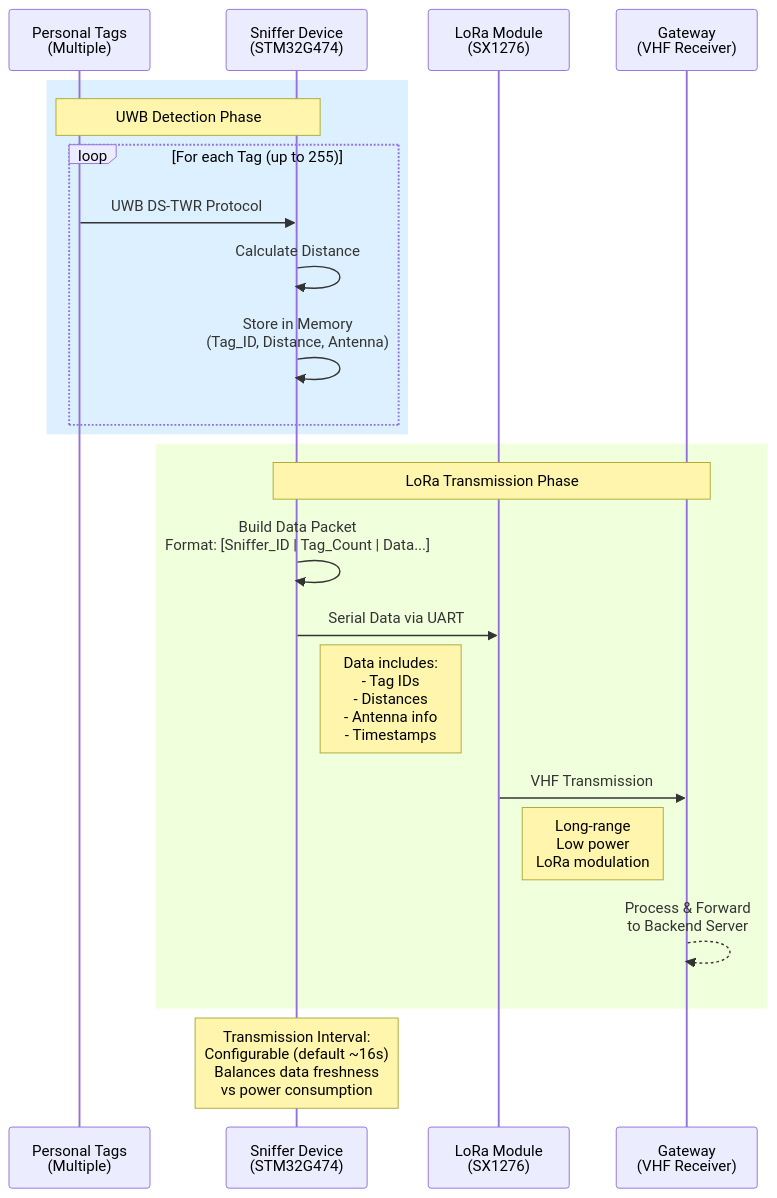
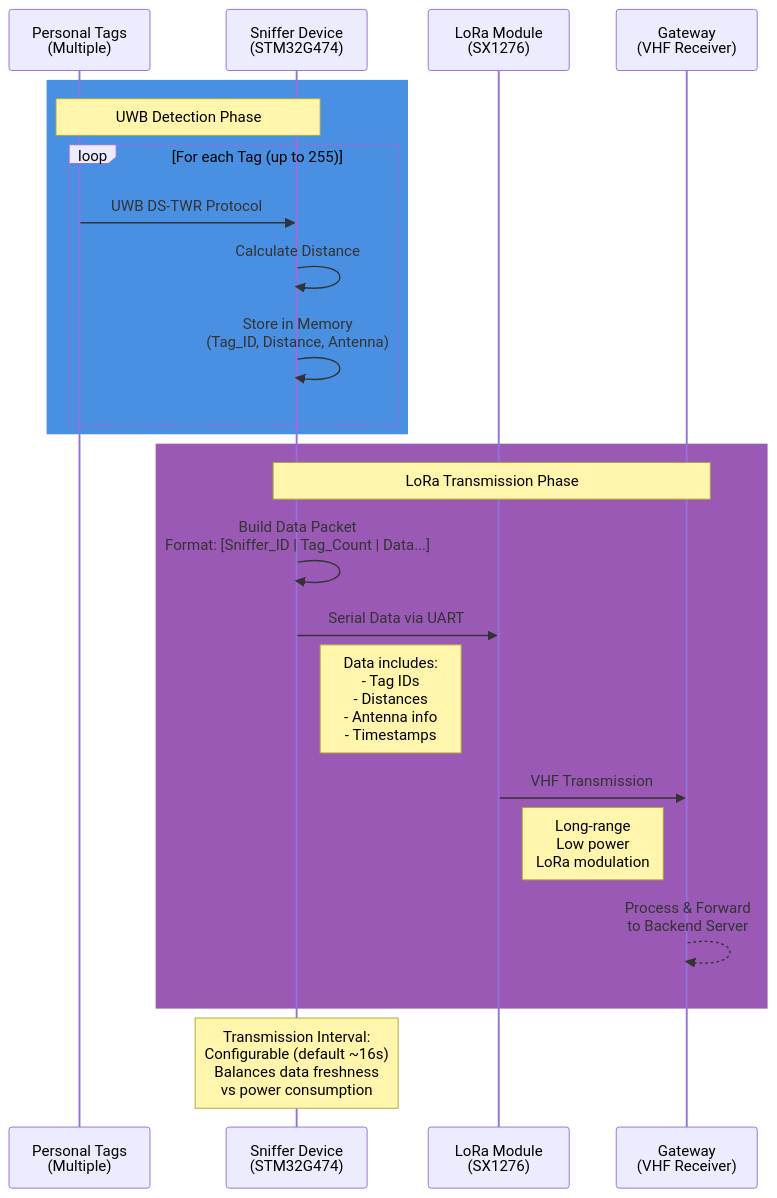
One commit to uqomm/fw-SmartTag changed the third of 3 diagrams in README.md. Above: the diagram before and after it, drawn with Mermaid. The commit also changed other lines of this file, not shown here.

Commit message:
docs: Improve sequence diagram colors for better visual consistency
- Change calculation box to green (rgb(80, 200, 120)) matching sniffer theme
- Change UWB Detection Phase to blue (rgb(74, 144, 226)) matching tags color
- Change LoRa Transmission Phase to purple (rgb(155, 89, 182)) matching gateway color
- Creates better visual hierarchy and component association

````diff
--- a/README.md
+++ b/README.md
@@ -198,32 +198,32 @@
 ```mermaid
 sequenceDiagram
     participant Tags as Personal Tags<br/>(Multiple)
     participant Sniffer as Sniffer Device<br/>(STM32G474)
     participant LoRa as LoRa Module<br/>(SX1276)
     participant Gateway as Gateway<br/>(VHF Receiver)
     
-    rect rgb(220, 240, 255)
+    rect rgb(74, 144, 226)
     Note over Tags,Sniffer: UWB Detection Phase
     loop For each Tag (up to 255)
         Tags->>Sniffer: UWB DS-TWR Protocol
         Sniffer->>Sniffer: Calculate Distance
         Sniffer->>Sniffer: Store in Memory<br/>(Tag_ID, Distance, Antenna)
     end
     end
     
-    rect rgb(240, 255, 220)
+    rect rgb(155, 89, 182)
     Note over Sniffer,Gateway: LoRa Transmission Phase
     
     Sniffer->>Sniffer: Build Data Packet<br/>Format: [Sniffer_ID | Tag_Count | Data...]
     
     Sniffer->>LoRa: Serial Data via UART
     Note right of Sniffer: Data includes:<br/>- Tag IDs<br/>- Distances<br/>- Antenna info<br/>- Timestamps
     
     LoRa->>Gateway: VHF Transmission
     Note right of LoRa: Long-range<br/>Low power<br/>LoRa modulation
     
     Gateway-->>Gateway: Process & Forward<br/>to Backend Server
     end
     
     Note over Sniffer: Transmission Interval:<br/>Configurable (default ~16s)<br/>Balances data freshness<br/>vs power consumption
 ```
````
